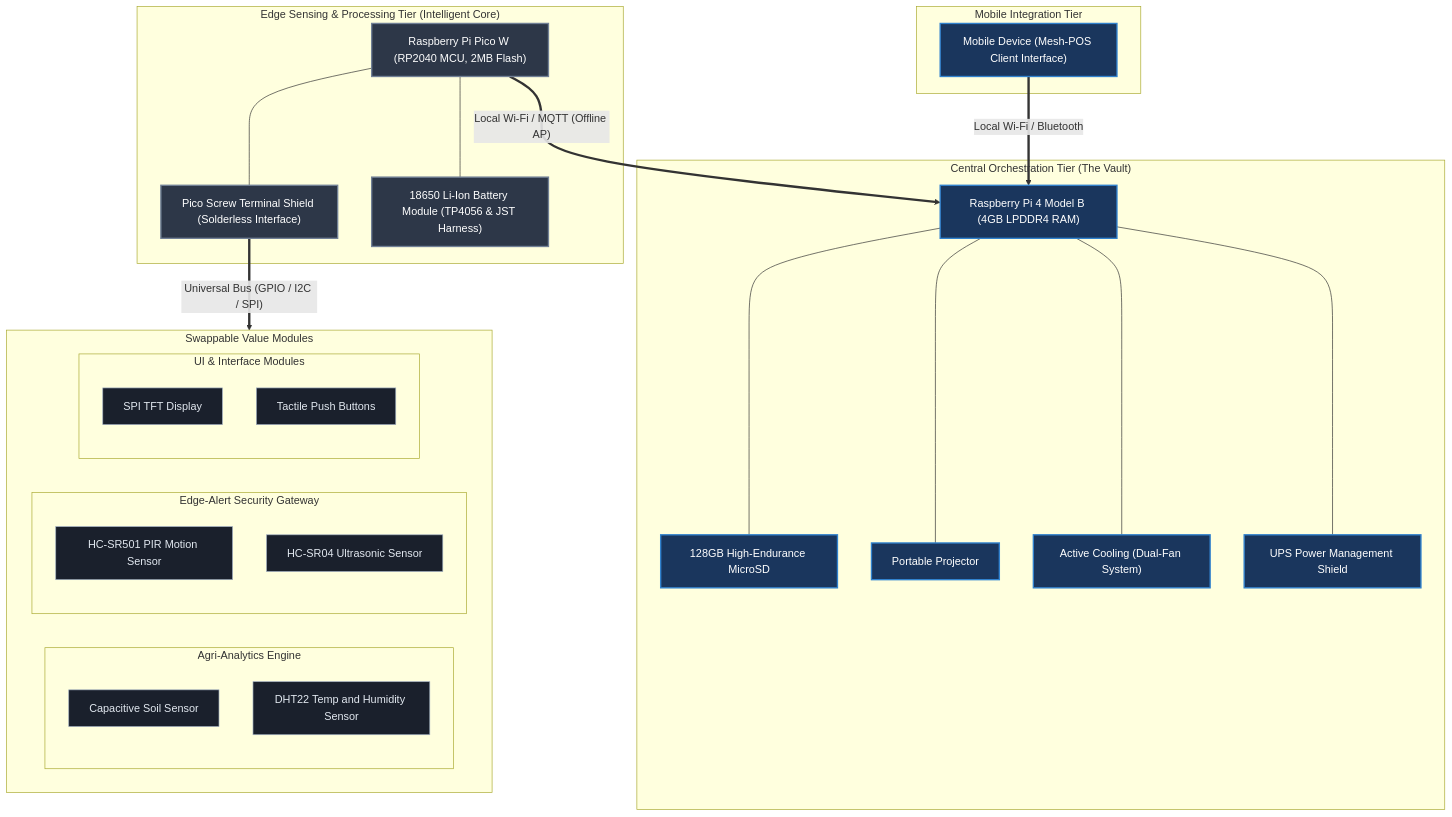
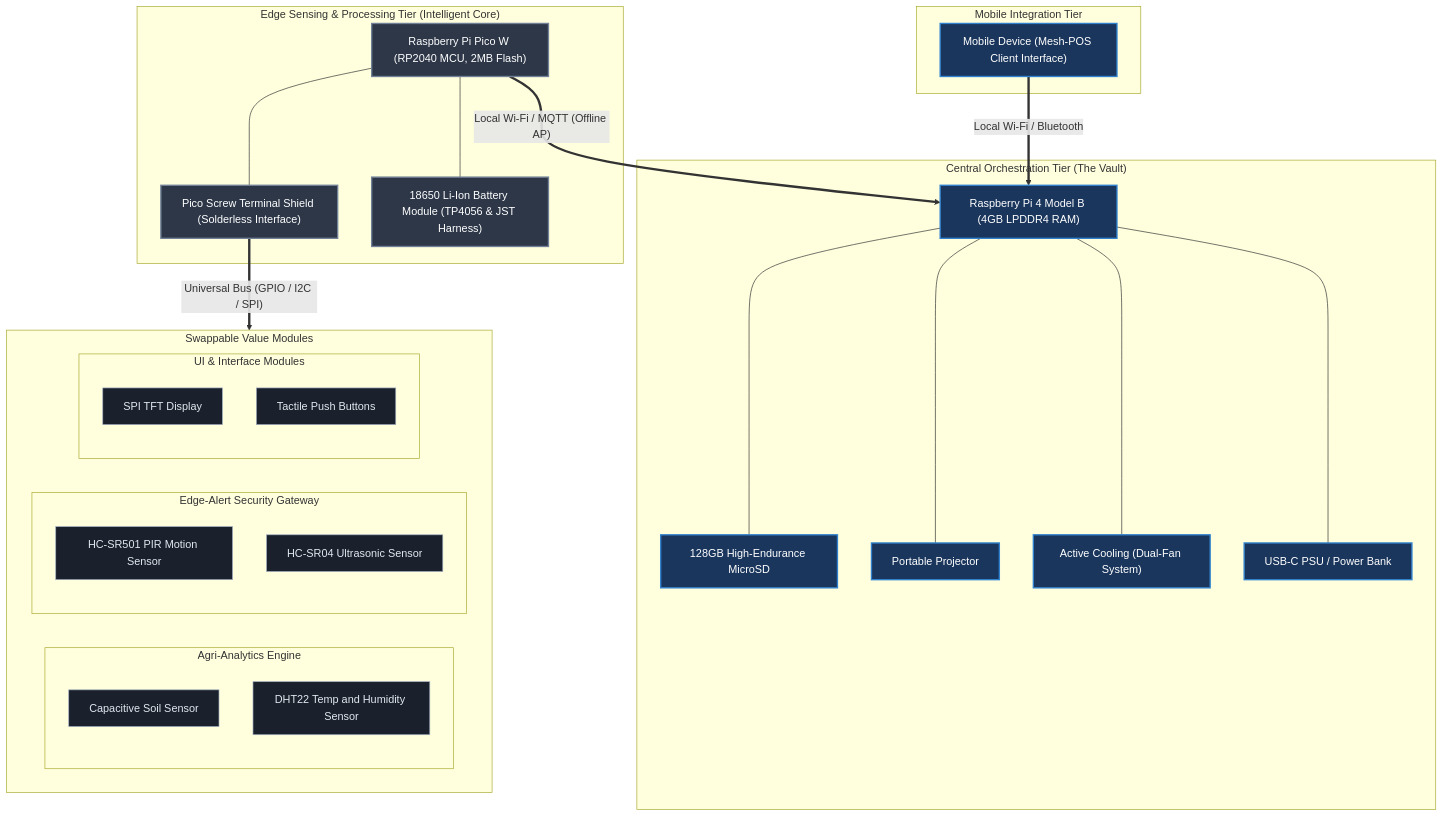
Before and after one commit to pmd742omni/2026-02-15-Sun-2055-Modular-Adaptive-Data-Node--MAD---Node--for-Dynamic-Value-Systems: the diagram in 2026-03-30 Mon 0833 Chapters/2026-05-13 Wed 1220 Version 2026-05-13 Wed 1246/2026-05-27 0832 3.3 System Requirements.md, drawn with Mermaid. The commit also changed other lines of this file and 4 other files, not shown here.

Commit message:
Remove UPS Power Management Shield from Raspberry Pi 4 configuration (Checkpoint Twelve: Ukunciphisa)

````diff
--- a/2026-03-30 Mon 0833 Chapters/2026-05-13 Wed 1220 Version 2026-05-13 Wed 1246/2026-05-27 0832 3.3 System Requirements.md
+++ b/2026-03-30 Mon 0833 Chapters/2026-05-13 Wed 1220 Version 2026-05-13 Wed 1246/2026-05-27 0832 3.3 System Requirements.md
@@ -11,60 +11,60 @@
 ```mermaid
 graph TD
     %% Styling Classes
     classDef vaultStyle fill:#1a365d,stroke:#3182ce,stroke-width:2px,color:#fff;
     classDef edgeStyle fill:#2d3748,stroke:#718096,stroke-width:2px,color:#fff;
     classDef moduleStyle fill:#2c5282,stroke:#4299e1,stroke-width:2px,color:#fff;
     classDef subModuleStyle fill:#1a202c,stroke:#a0aec0,stroke-width:1px,color:#e2e8f0;
 
     subgraph VaultTier ["Central Orchestration Tier (The Vault)"]
         Vault["Raspberry Pi 4 Model B (4GB LPDDR4 RAM)"]:::vaultStyle
         SD["128GB High-Endurance MicroSD"]:::vaultStyle
         Proj["Portable Projector"]:::vaultStyle
         Cooling["Active Cooling (Dual-Fan System)"]:::vaultStyle
-        VaultUPS["UPS Power Management Shield"]:::vaultStyle
+        VaultPower["USB-C PSU / Power Bank"]:::vaultStyle
         
         Vault --- SD
         Vault --- Proj
         Vault --- Cooling
-        Vault --- VaultUPS
+        Vault --- VaultPower
     end
 
     subgraph EdgeTier ["Edge Sensing & Processing Tier (Intelligent Core)"]
         PicoW["Raspberry Pi Pico W (RP2040 MCU, 2MB Flash)"]:::edgeStyle
         Shield["Pico Screw Terminal Shield (Solderless Interface)"]:::edgeStyle
         PicoUPS["18650 Li-Ion Battery Module (TP4056 & JST Harness)"]:::edgeStyle
         
         PicoW --- Shield
         PicoW --- PicoUPS
     end
 
     %% Communication link
     PicoW == "Local Wi-Fi / MQTT (Offline AP)" ==> Vault
 
     subgraph MobilePOS ["Mobile Integration Tier"]
         Phone["Mobile Device (Mesh-POS Client Interface)"]:::vaultStyle
     end
 
     %% Mobile connection
     Phone == "Local Wi-Fi / Bluetooth" ==> Vault
 
     subgraph Modules ["Swappable Value Modules"]
         subgraph AgriModule ["Agri-Analytics Engine"]
             Agri1["Capacitive Soil Sensor"]:::subModuleStyle
             Agri2["DHT22 Temp and Humidity Sensor"]:::subModuleStyle
         end
 
         subgraph SecurityModule ["Edge-Alert Security Gateway"]
             Sec1["HC-SR501 PIR Motion Sensor"]:::subModuleStyle
             Sec2["HC-SR04 Ultrasonic Sensor"]:::subModuleStyle
         end
 
         subgraph UIModule ["UI & Interface Modules"]
             UI1["SPI TFT Display"]:::subModuleStyle
             UI3["Tactile Push Buttons"]:::subModuleStyle
         end
     end
 
     %% Wiring links
     Shield ==>|"Universal Bus (GPIO / I2C / SPI)"| Modules
 ```
````
